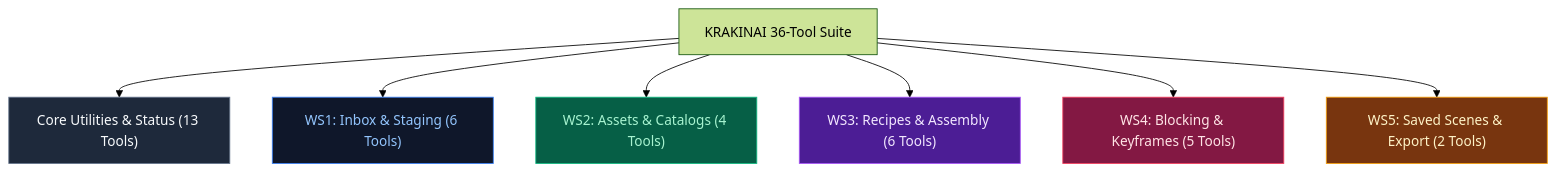
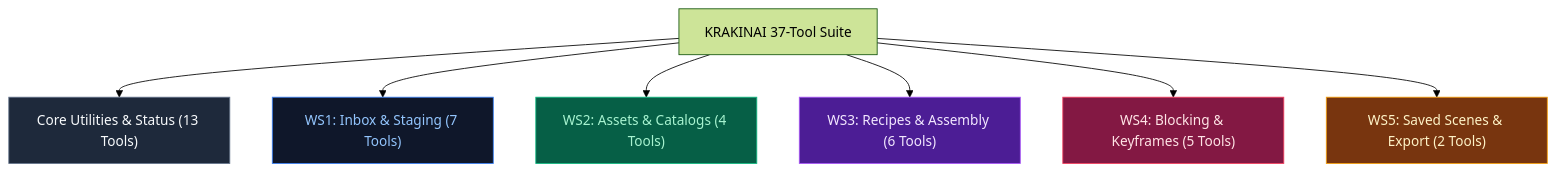
One commit to Jeruzael/krakinai changed the second of 2 diagrams in docs/manual/10-technical-mcp-reference.md. Above: the diagram before and after it, drawn with Mermaid (forest theme). The commit also changed other lines of this file and 9 other files, not shown here.

````diff
--- a/docs/manual/10-technical-mcp-reference.md
+++ b/docs/manual/10-technical-mcp-reference.md
@@ -108,25 +108,25 @@
 ```mermaid
 graph TD
     classDef core fill:#1e293b,stroke:#64748b,stroke-width:1px,color:#f8fafc;
     classDef ws1 fill:#0f172a,stroke:#3b82f6,stroke-width:1px,color:#93c5fd;
     classDef ws2 fill:#065f46,stroke:#10b981,stroke-width:1px,color:#a7f3d0;
     classDef ws3 fill:#4c1d95,stroke:#a855f7,stroke-width:1px,color:#f3e8ff;
     classDef ws4 fill:#831843,stroke:#f43f5e,stroke-width:1px,color:#ffe4e6;
     classDef ws5 fill:#78350f,stroke:#f59e0b,stroke-width:1px,color:#fef3c7;
 
-    All["KRAKINAI 36-Tool Suite"]
+    All["KRAKINAI 37-Tool Suite"]
 
     All --> Core["Core Utilities & Status (13 Tools)"]
-    All --> WS1["WS1: Inbox & Staging (6 Tools)"]
+    All --> WS1["WS1: Inbox & Staging (7 Tools)"]
     All --> WS2["WS2: Assets & Catalogs (4 Tools)"]
     All --> WS3["WS3: Recipes & Assembly (6 Tools)"]
     All --> WS4["WS4: Blocking & Keyframes (5 Tools)"]
     All --> WS5["WS5: Saved Scenes & Export (2 Tools)"]
 
     class Core core;
     class WS1 ws1;
     class WS2 ws2;
     class WS3 ws3;
     class WS4 ws4;
     class WS5 ws5;
 ```
````
